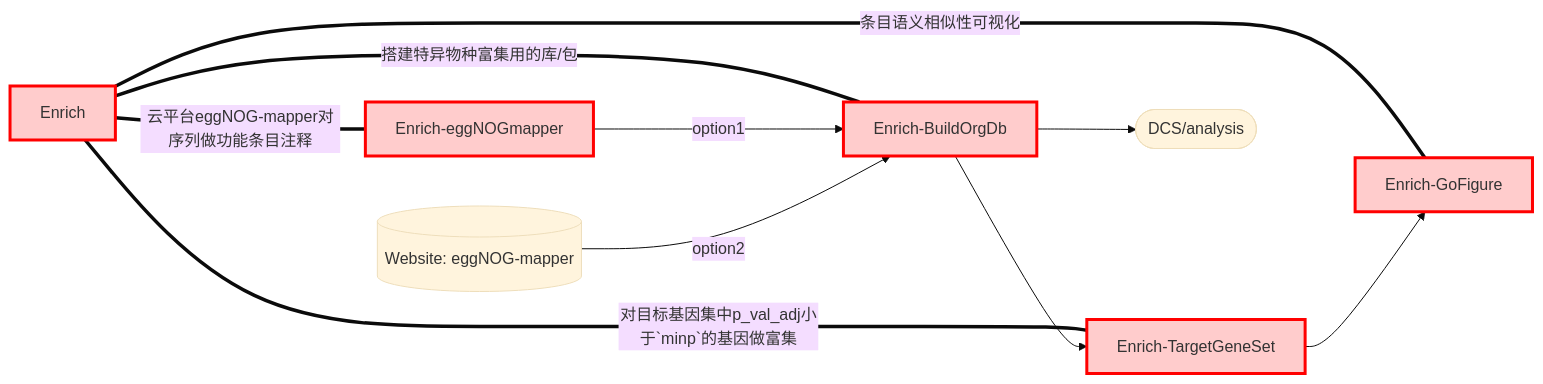
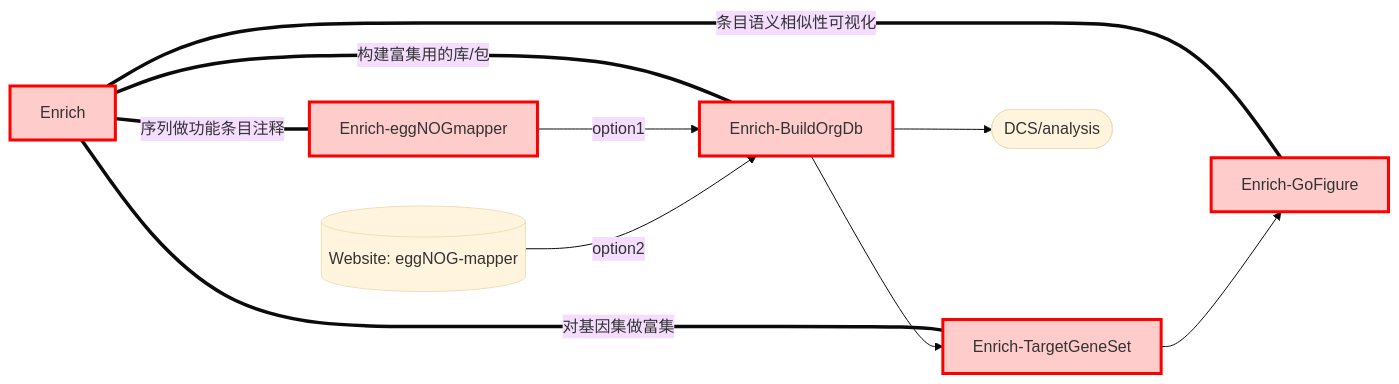
The diagram in WORKFLOW/Enrich/README.md (ydgenomics/omics4plant), drawn with Mermaid (base theme) before and after one commit. The commit also changed other lines of this file, not shown here.

Commit message:
update enrich readme

````diff
--- a/WORKFLOW/Enrich/README.md
+++ b/WORKFLOW/Enrich/README.md
@@ -9,14 +9,14 @@
 ```mermaid
 flowchart LR
-0[Enrich] === |搭建特异物种富集用的库/包| 1[Enrich-BuildOrgDb]
-0 === |对目标基因集中p_val_adj小于`minp`的基因做富集| 2[Enrich-TargetGeneSet]
+0[Enrich] === |构建富集用的库/包| 1[Enrich-BuildOrgDb]
+0 === |对基因集做富集| 2[Enrich-TargetGeneSet]
 0 === |条目语义相似性可视化|3[Enrich-GoFigure]
-0 === |云平台eggNOG-mapper对序列做功能条目注释|0.5[Enrich-eggNOGmapper] --> |option1|1
+0 === |序列做功能条目注释|0.5[Enrich-eggNOGmapper] --> |option1|1
 0.4[(Website: eggNOG-mapper)] --> |option2| 1
 1 --> 2
 1 --> 2.1([DCS/analysis])
 2 --> 3
 
 classDef mainNode fill:#ffcccc,stroke:#ff0000,stroke-width:3px
 class 0,0.5,1,2,3 mainNode
 ```
````
